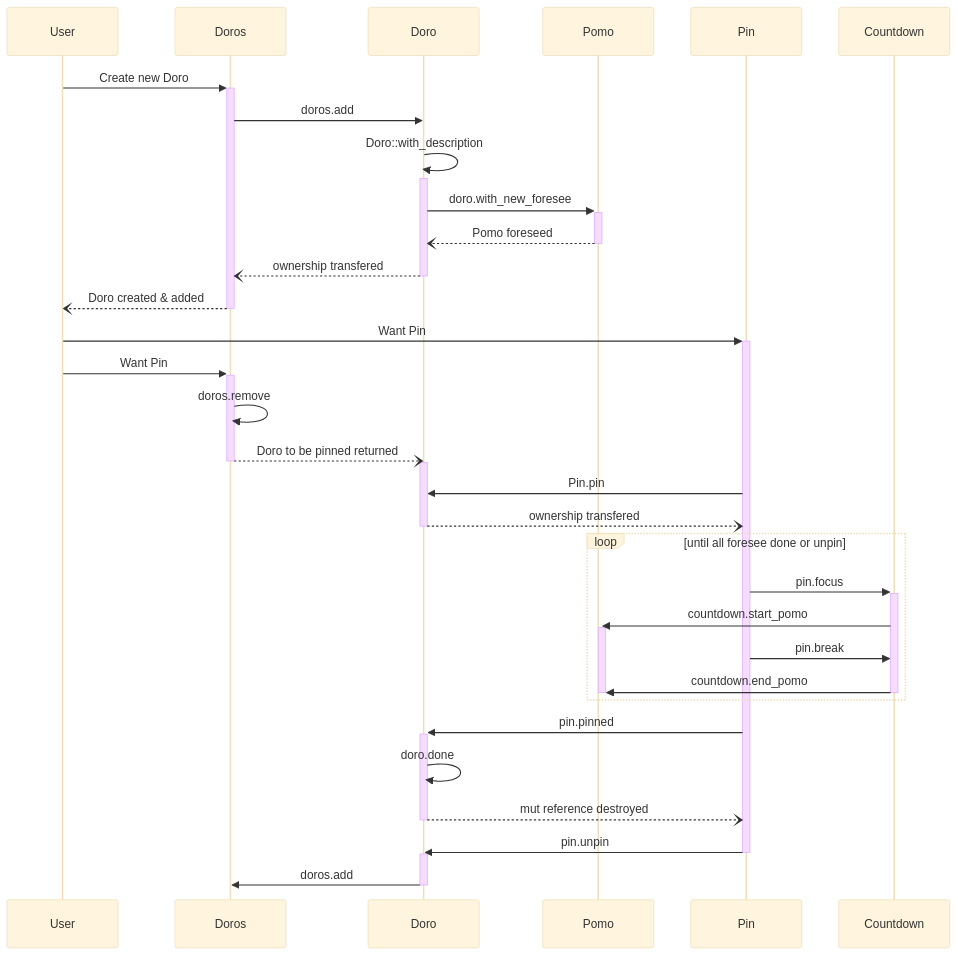
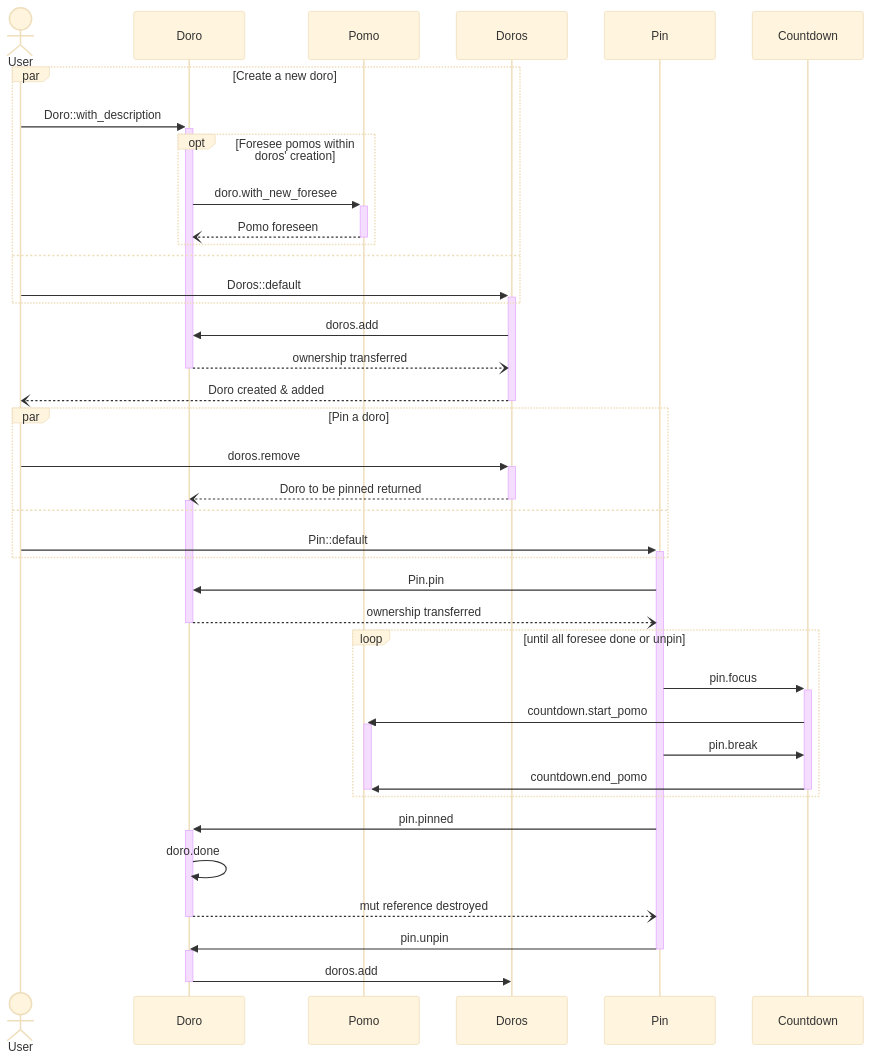
Before and after one commit to huangjj27/huangjj27.github.io: the fourth of 4 diagrams in src/pomo_doro/pomo.md, drawn with Mermaid (base theme). The commit also changed other lines of this file, not shown here.

Commit message:
重新梳理doro、pin执行顺序

````diff
--- a/src/pomo_doro/pomo.md
+++ b/src/pomo_doro/pomo.md
@@ -124,31 +125,42 @@
 ```mermaid
 sequenceDiagram
-    User ->>+ Doros: Create new Doro
-    Doros ->> Doro: doros.add
-    Doro ->>+ Doro: Doro::with_description
-    Doro ->>+ Pomo: doro.with_new_foresee
-    Pomo --)- Doro: Pomo foreseed
-    Doro --)- Doros: ownership transfered
-    Doros --)- User: Doro created & added
-    User ->>+ Pin: Want Pin
-    User ->>+ Doros: Want Pin
-    Doros ->> Doros: doros.remove
-    Doros --)- Doro: Doro to be pinned returned
-    activate Doro
+    actor User
+    par Create a new doro
+        User ->>+ Doro: Doro::with_description
+        Opt Foresee pomos within doros' creation
+            Doro ->>+ Pomo: doro.with_new_foresee
+            Pomo --)- Doro: Pomo foreseen
+        end
+    and
+        User ->>+ Doros: Doros::default
+    end
+        Doros ->> Doro: doros.add
+        Doro --)- Doros: ownership transferred
+        Doros --)- User: Doro created & added
+
+    par Pin a doro
+        User ->>+ Doros: doros.remove
+        Doros --)- Doro: Doro to be pinned returned
+        activate Doro
+    and
+        User ->>+ Pin: Pin::default
+    end
+
     Pin ->> Doro: Pin.pin
-    Doro --)- Pin: ownership transfered
+    Doro --)- Pin: ownership transferred
+
     loop until all foresee done or unpin
         Pin ->>+ Countdown: pin.focus
         Countdown ->>+ Pomo: countdown.start_pomo
         activate Pomo
         Pin ->> Countdown: pin.break
         Countdown ->>- Pomo: countdown.end_pomo
         deactivate Pomo
     end
     Pin ->>+ Doro: pin.pinned
     Doro ->> Doro: doro.done
     Doro --)- Pin: mut reference destroyed
     Pin ->>- Doro: pin.unpin
     activate Doro
     Doro ->>- Doros: doros.add
 ```
````
